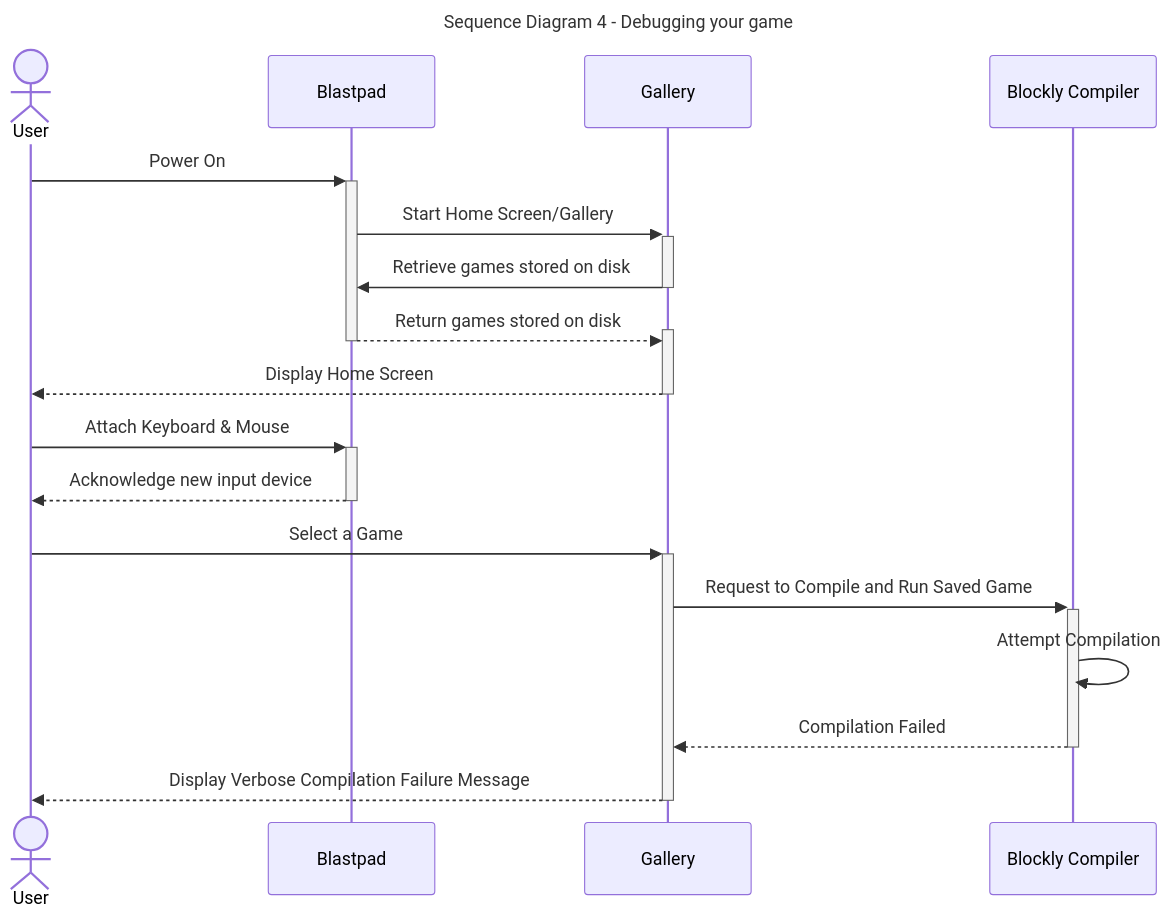
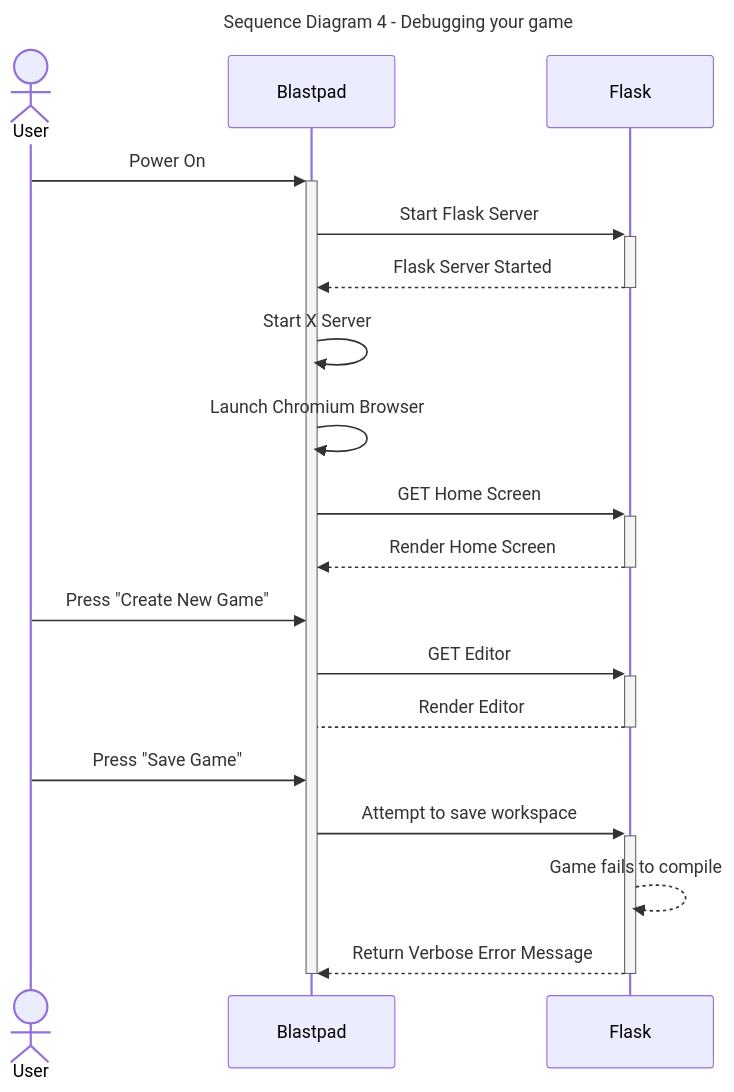
The fourth of 11 diagrams in documentation/docs/system-architecture/sequence-diagrams.md (Capstone-Projects-2024-Spring/project-blastpad), drawn with Mermaid before and after one commit. The commit also changed other lines of this file and 3 other files, not shown here.

Commit message:
Use Case Seq Diagrams

````diff
--- a/documentation/docs/system-architecture/sequence-diagrams.md
+++ b/documentation/docs/system-architecture/sequence-diagrams.md
@@ -133,25 +129,29 @@
 ```mermaid
 ---
 title: "Sequence Diagram 4 - Debugging your game"
 ---
-
 sequenceDiagram
 actor User
 User->>+Blastpad: Power On
-Blastpad->>+Gallery: Start Home Screen/Gallery
-Gallery->>-Blastpad: Retrieve games stored on disk
-Blastpad-->>+Gallery: Return games stored on disk
-deactivate Blastpad	
-Gallery-->>-User: Display Home Screen
-		
-User->>+Blastpad: Attach Keyboard & Mouse
-Blastpad-->>-User: Acknowledge new input device
+Blastpad->>+Flask: Start Flask Server
+Flask-->>-Blastpad: Flask Server Started
+
+Blastpad->>Blastpad: Start X Server
+Blastpad->>Blastpad: Launch Chromium Browser
 
 
 
-User->>+Gallery: Select a Game
-Gallery->>+Blockly Compiler: Request to Compile and Run Saved Game
-Blockly Compiler->>Blockly Compiler: Attempt Compilation
-Blockly Compiler-->>-Gallery: Compilation Failed
-Gallery-->>-User: Display Verbose Compilation Failure Message
+Blastpad->>+Flask: GET Home Screen
+Flask-->>-Blastpad: Render Home Screen
+
+
+User->>Blastpad: Press "Create New Game"
+Blastpad->>+Flask: GET Editor
+Flask-->-Blastpad: Render Editor
+User->>Blastpad: Press "Save Game"
+Blastpad->>+Flask: Attempt to save workspace
+Flask-->>Flask: Game fails to compile
+Flask-->>-Blastpad: Return Verbose Error Message
+
+deactivate Blastpad
 ```
````
